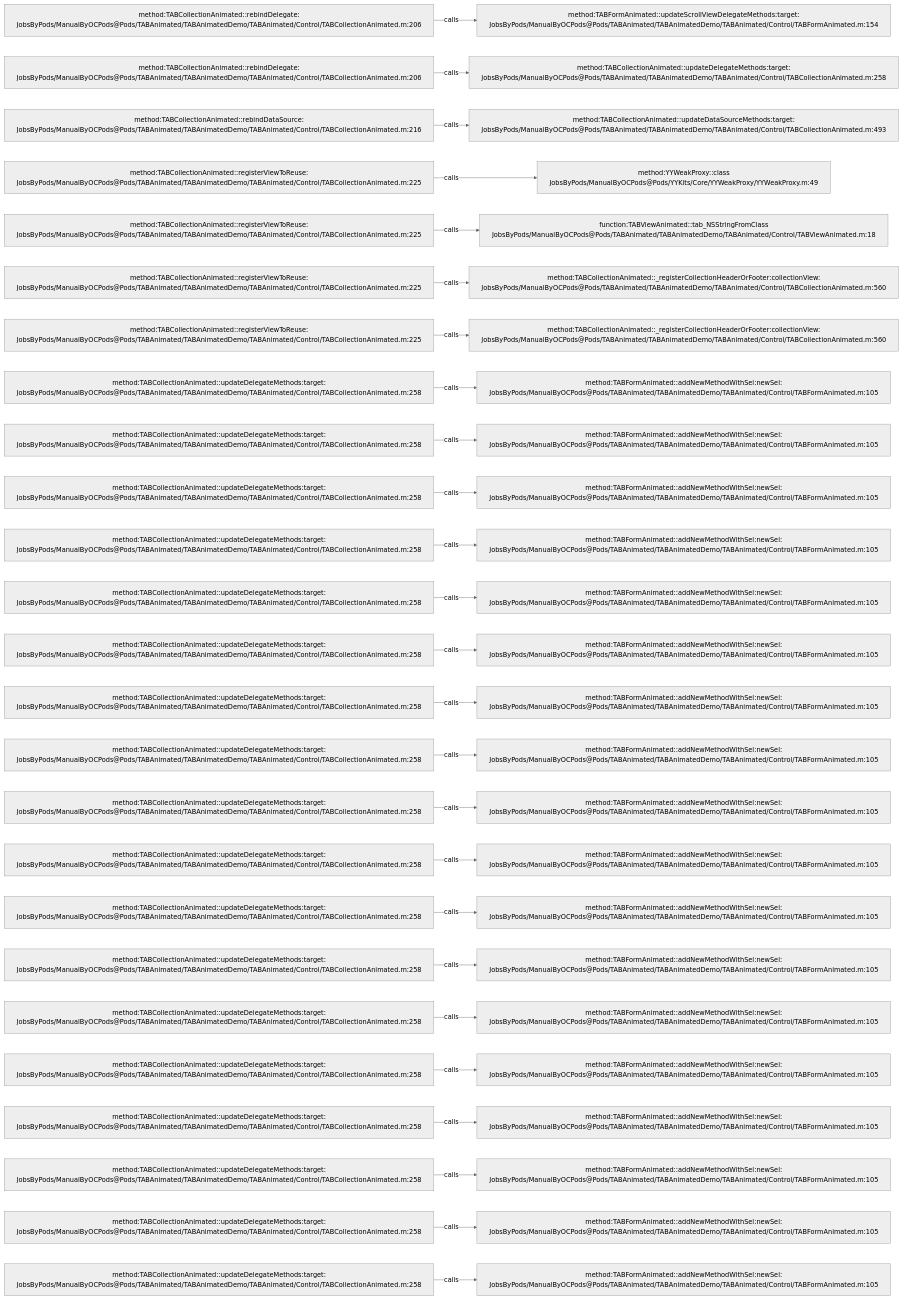
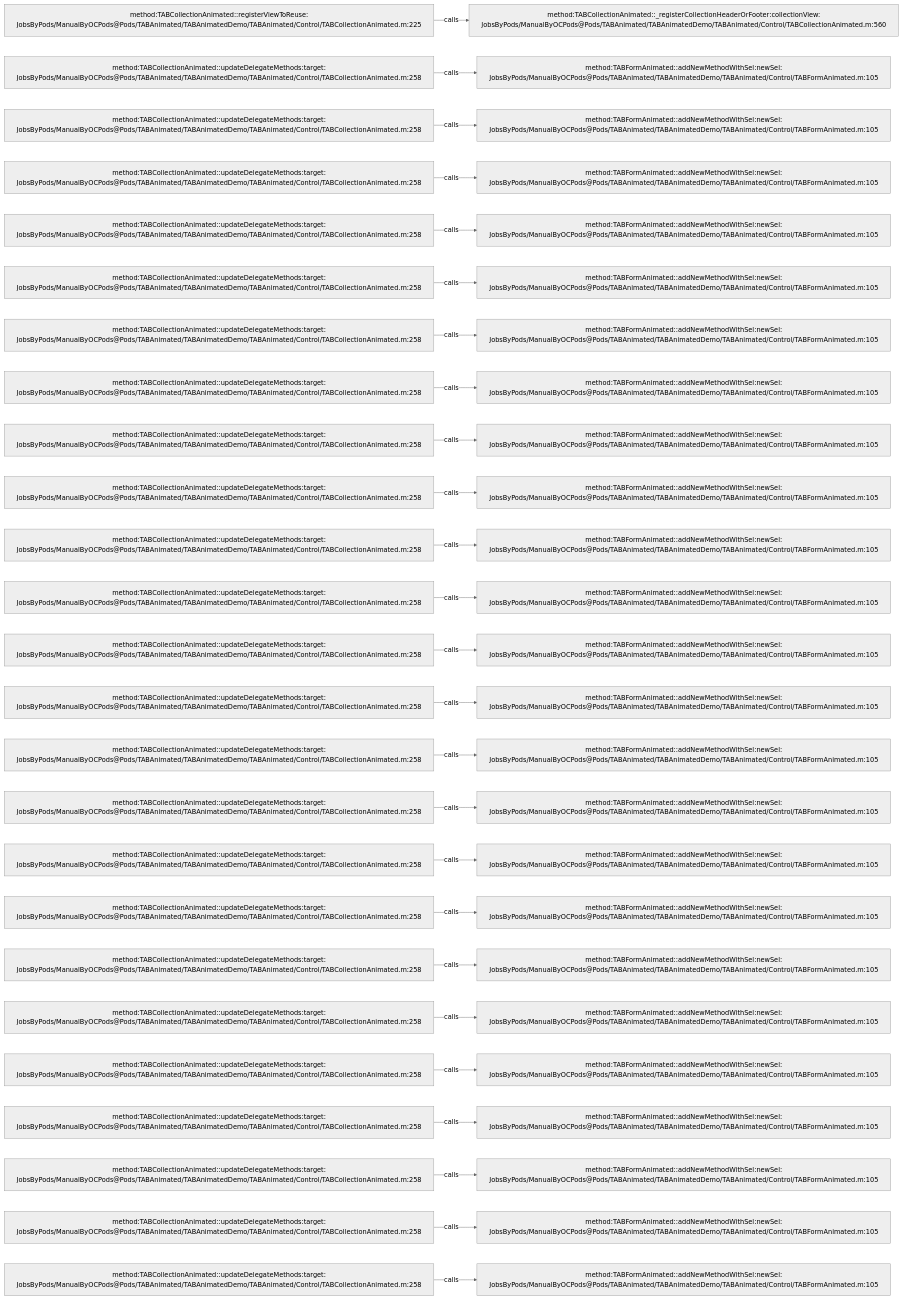
The diagram in .codegraph/codegraph.md/graphs/calls-014.md (JobsKits/JobsOCBaseConfigDemo), drawn with Mermaid (neutral theme) before and after one commit. The commit also changed 666 other files, not shown here.

````diff
--- a/.codegraph/codegraph.md/graphs/calls-014.md
+++ b/.codegraph/codegraph.md/graphs/calls-014.md
@@ -13,78 +13,78 @@
 ```mermaid
 flowchart LR
-  S1["method:TABCollectionAnimated::rebindDelegate:<br/>JobsByPods/ManualByOCPods@Pods/TABAnimated/TABAnimatedDemo/TABAnimated/Control/TABCollectionAnimated.m:206"]
-  T1["method:TABFormAnimated::updateScrollViewDelegateMethods:target:<br/>JobsByPods/ManualByOCPods@Pods/TABAnimated/TABAnimatedDemo/TABAnimated/Control/TABFormAnimated.m:154"]
+  S1["method:TABCollectionAnimated::registerViewToReuse:<br/>JobsByPods/ManualByOCPods@Pods/TABAnimated/TABAnimatedDemo/TABAnimated/Control/TABCollectionAnimated.m:225"]
+  T1["method:TABCollectionAnimated::_registerCollectionHeaderOrFooter:collectionView:<br/>JobsByPods/ManualByOCPods@Pods/TABAnimated/TABAnimatedDemo/TABAnimated/Control/TABCollectionAnimated.m:560"]
   S1 -->|calls| T1
-  S2["method:TABCollectionAnimated::rebindDelegate:<br/>JobsByPods/ManualByOCPods@Pods/TABAnimated/TABAnimatedDemo/TABAnimated/Control/TABCollectionAnimated.m:206"]
-  T2["method:TABCollectionAnimated::updateDelegateMethods:target:<br/>JobsByPods/ManualByOCPods@Pods/TABAnimated/TABAnimatedDemo/TABAnimated/Control/TABCollectionAnimated.m:258"]
+  S2["method:TABCollectionAnimated::updateDelegateMethods:target:<br/>JobsByPods/ManualByOCPods@Pods/TABAnimated/TABAnimatedDemo/TABAnimated/Control/TABCollectionAnimated.m:258"]
+  T2["method:TABFormAnimated::addNewMethodWithSel:newSel:<br/>JobsByPods/ManualByOCPods@Pods/TABAnimated/TABAnimatedDemo/TABAnimated/Control/TABFormAnimated.m:105"]
   S2 -->|calls| T2
-  S3["method:TABCollectionAnimated::rebindDataSource:<br/>JobsByPods/ManualByOCPods@Pods/TABAnimated/TABAnimatedDemo/TABAnimated/Control/TABCollectionAnimated.m:216"]
-  T3["method:TABCollectionAnimated::updateDataSourceMethods:target:<br/>JobsByPods/ManualByOCPods@Pods/TABAnimated/TABAnimatedDemo/TABAnimated/Control/TABCollectionAnimated.m:493"]
+  S3["method:TABCollectionAnimated::updateDelegateMethods:target:<br/>JobsByPods/ManualByOCPods@Pods/TABAnimated/TABAnimatedDemo/TABAnimated/Control/TABCollectionAnimated.m:258"]
+  T3["method:TABFormAnimated::addNewMethodWithSel:newSel:<br/>JobsByPods/ManualByOCPods@Pods/TABAnimated/TABAnimatedDemo/TABAnimated/Control/TABFormAnimated.m:105"]
   S3 -->|calls| T3
-  S4["method:TABCollectionAnimated::registerViewToReuse:<br/>JobsByPods/ManualByOCPods@Pods/TABAnimated/TABAnimatedDemo/TABAnimated/Control/TABCollectionAnimated.m:225"]
-  T4["method:YYWeakProxy::class<br/>JobsByPods/ManualByOCPods@Pods/YYKits/Core/YYWeakProxy/YYWeakProxy.m:49"]
+  S4["method:TABCollectionAnimated::updateDelegateMethods:target:<br/>JobsByPods/ManualByOCPods@Pods/TABAnimated/TABAnimatedDemo/TABAnimated/Control/TABCollectionAnimated.m:258"]
+  T4["method:TABFormAnimated::addNewMethodWithSel:newSel:<br/>JobsByPods/ManualByOCPods@Pods/TABAnimated/TABAnimatedDemo/TABAnimated/Control/TABFormAnimated.m:105"]
   S4 -->|calls| T4
-  S5["method:TABCollectionAnimated::registerViewToReuse:<br/>JobsByPods/ManualByOCPods@Pods/TABAnimated/TABAnimatedDemo/TABAnimated/Control/TABCollectionAnimated.m:225"]
-  T5["function:TABViewAnimated::tab_NSStringFromClass<br/>JobsByPods/ManualByOCPods@Pods/TABAnimated/TABAnimatedDemo/TABAnimated/Control/TABViewAnimated.m:18"]
+  S5["method:TABCollectionAnimated::updateDelegateMethods:target:<br/>JobsByPods/ManualByOCPods@Pods/TABAnimated/TABAnimatedDemo/TABAnimated/Control/TABCollectionAnimated.m:258"]
+  T5["method:TABFormAnimated::addNewMethodWithSel:newSel:<br/>JobsByPods/ManualByOCPods@Pods/TABAnimated/TABAnimatedDemo/TABAnimated/Control/TABFormAnimated.m:105"]
   S5 -->|calls| T5
-  S6["method:TABCollectionAnimated::registerViewToReuse:<br/>JobsByPods/ManualByOCPods@Pods/TABAnimated/TABAnimatedDemo/TABAnimated/Control/TABCollectionAnimated.m:225"]
-  T6["method:TABCollectionAnimated::_registerCollectionHeaderOrFooter:collectionView:<br/>JobsByPods/ManualByOCPods@Pods/TABAnimated/TABAnimatedDemo/TABAnimated/Control/TABCollectionAnimated.m:560"]
+  S6["method:TABCollectionAnimated::updateDelegateMethods:target:<br/>JobsByPods/ManualByOCPods@Pods/TABAnimated/TABAnimatedDemo/TABAnimated/Control/TABCollectionAnimated.m:258"]
+  T6["method:TABFormAnimated::addNewMethodWithSel:newSel:<br/>JobsByPods/ManualByOCPods@Pods/TABAnimated/TABAnimatedDemo/TABAnimated/Control/TABFormAnimated.m:105"]
   S6 -->|calls| T6
-  S7["method:TABCollectionAnimated::registerViewToReuse:<br/>JobsByPods/ManualByOCPods@Pods/TABAnimated/TABAnimatedDemo/TABAnimated/Control/TABCollectionAnimated.m:225"]
-  T7["method:TABCollectionAnimated::_registerCollectionHeaderOrFooter:collectionView:<br/>JobsByPods/ManualByOCPods@Pods/TABAnimated/TABAnimatedDemo/TABAnimated/Control/TABCollectionAnimated.m:560"]
+  S7["method:TABCollectionAnimated::updateDelegateMethods:target:<br/>JobsByPods/ManualByOCPods@Pods/TABAnimated/TABAnimatedDemo/TABAnimated/Control/TABCollectionAnimated.m:258"]
+  T7["method:TABFormAnimated::addNewMethodWithSel:newSel:<br/>JobsByPods/ManualByOCPods@Pods/TABAnimated/TABAnimatedDemo/TABAnimated/Control/TABFormAnimated.m:105"]
   S7 -->|calls| T7
   S8["method:TABCollectionAnimated::updateDelegateMethods:target:<br/>JobsByPods/ManualByOCPods@Pods/TABAnimated/TABAnimatedDemo/TABAnimated/Control/TABCollectionAnimated.m:258"]
   T8["method:TABFormAnimated::addNewMethodWithSel:newSel:<br/>JobsByPods/ManualByOCPods@Pods/TABAnimated/TABAnimatedDemo/TABAnimated/Control/TABFormAnimated.m:105"]
   S8 -->|calls| T8
   S9["method:TABCollectionAnimated::updateDelegateMethods:target:<br/>JobsByPods/ManualByOCPods@Pods/TABAnimated/TABAnimatedDemo/TABAnimated/Control/TABCollectionAnimated.m:258"]
   T9["method:TABFormAnimated::addNewMethodWithSel:newSel:<br/>JobsByPods/ManualByOCPods@Pods/TABAnimated/TABAnimatedDemo/TABAnimated/Control/TABFormAnimated.m:105"]
   S9 -->|calls| T9
   S10["method:TABCollectionAnimated::updateDelegateMethods:target:<br/>JobsByPods/ManualByOCPods@Pods/TABAnimated/TABAnimatedDemo/TABAnimated/Control/TABCollectionAnimated.m:258"]
   T10["method:TABFormAnimated::addNewMethodWithSel:newSel:<br/>JobsByPods/ManualByOCPods@Pods/TABAnimated/TABAnimatedDemo/TABAnimated/Control/TABFormAnimated.m:105"]
   S10 -->|calls| T10
   S11["method:TABCollectionAnimated::updateDelegateMethods:target:<br/>JobsByPods/ManualByOCPods@Pods/TABAnimated/TABAnimatedDemo/TABAnimated/Control/TABCollectionAnimated.m:258"]
   T11["method:TABFormAnimated::addNewMethodWithSel:newSel:<br/>JobsByPods/ManualByOCPods@Pods/TABAnimated/TABAnimatedDemo/TABAnimated/Control/TABFormAnimated.m:105"]
   S11 -->|calls| T11
   S12["method:TABCollectionAnimated::updateDelegateMethods:target:<br/>JobsByPods/ManualByOCPods@Pods/TABAnimated/TABAnimatedDemo/TABAnimated/Control/TABCollectionAnimated.m:258"]
   T12["method:TABFormAnimated::addNewMethodWithSel:newSel:<br/>JobsByPods/ManualByOCPods@Pods/TABAnimated/TABAnimatedDemo/TABAnimated/Control/TABFormAnimated.m:105"]
   S12 -->|calls| T12
   S13["method:TABCollectionAnimated::updateDelegateMethods:target:<br/>JobsByPods/ManualByOCPods@Pods/TABAnimated/TABAnimatedDemo/TABAnimated/Control/TABCollectionAnimated.m:258"]
   T13["method:TABFormAnimated::addNewMethodWithSel:newSel:<br/>JobsByPods/ManualByOCPods@Pods/TABAnimated/TABAnimatedDemo/TABAnimated/Control/TABFormAnimated.m:105"]
   S13 -->|calls| T13
   S14["method:TABCollectionAnimated::updateDelegateMethods:target:<br/>JobsByPods/ManualByOCPods@Pods/TABAnimated/TABAnimatedDemo/TABAnimated/Control/TABCollectionAnimated.m:258"]
   T14["method:TABFormAnimated::addNewMethodWithSel:newSel:<br/>JobsByPods/ManualByOCPods@Pods/TABAnimated/TABAnimatedDemo/TABAnimated/Control/TABFormAnimated.m:105"]
   S14 -->|calls| T14
   S15["method:TABCollectionAnimated::updateDelegateMethods:target:<br/>JobsByPods/ManualByOCPods@Pods/TABAnimated/TABAnimatedDemo/TABAnimated/Control/TABCollectionAnimated.m:258"]
   T15["method:TABFormAnimated::addNewMethodWithSel:newSel:<br/>JobsByPods/ManualByOCPods@Pods/TABAnimated/TABAnimatedDemo/TABAnimated/Control/TABFormAnimated.m:105"]
   S15 -->|calls| T15
   S16["method:TABCollectionAnimated::updateDelegateMethods:target:<br/>JobsByPods/ManualByOCPods@Pods/TABAnimated/TABAnimatedDemo/TABAnimated/Control/TABCollectionAnimated.m:258"]
   T16["method:TABFormAnimated::addNewMethodWithSel:newSel:<br/>JobsByPods/ManualByOCPods@Pods/TABAnimated/TABAnimatedDemo/TABAnimated/Control/TABFormAnimated.m:105"]
   S16 -->|calls| T16
   S17["method:TABCollectionAnimated::updateDelegateMethods:target:<br/>JobsByPods/ManualByOCPods@Pods/TABAnimated/TABAnimatedDemo/TABAnimated/Control/TABCollectionAnimated.m:258"]
   T17["method:TABFormAnimated::addNewMethodWithSel:newSel:<br/>JobsByPods/ManualByOCPods@Pods/TABAnimated/TABAnimatedDemo/TABAnimated/Control/TABFormAnimated.m:105"]
   S17 -->|calls| T17
   S18["method:TABCollectionAnimated::updateDelegateMethods:target:<br/>JobsByPods/ManualByOCPods@Pods/TABAnimated/TABAnimatedDemo/TABAnimated/Control/TABCollectionAnimated.m:258"]
   T18["method:TABFormAnimated::addNewMethodWithSel:newSel:<br/>JobsByPods/ManualByOCPods@Pods/TABAnimated/TABAnimatedDemo/TABAnimated/Control/TABFormAnimated.m:105"]
   S18 -->|calls| T18
   S19["method:TABCollectionAnimated::updateDelegateMethods:target:<br/>JobsByPods/ManualByOCPods@Pods/TABAnimated/TABAnimatedDemo/TABAnimated/Control/TABCollectionAnimated.m:258"]
   T19["method:TABFormAnimated::addNewMethodWithSel:newSel:<br/>JobsByPods/ManualByOCPods@Pods/TABAnimated/TABAnimatedDemo/TABAnimated/Control/TABFormAnimated.m:105"]
   S19 -->|calls| T19
   S20["method:TABCollectionAnimated::updateDelegateMethods:target:<br/>JobsByPods/ManualByOCPods@Pods/TABAnimated/TABAnimatedDemo/TABAnimated/Control/TABCollectionAnimated.m:258"]
   T20["method:TABFormAnimated::addNewMethodWithSel:newSel:<br/>JobsByPods/ManualByOCPods@Pods/TABAnimated/TABAnimatedDemo/TABAnimated/Control/TABFormAnimated.m:105"]
   S20 -->|calls| T20
   S21["method:TABCollectionAnimated::updateDelegateMethods:target:<br/>JobsByPods/ManualByOCPods@Pods/TABAnimated/TABAnimatedDemo/TABAnimated/Control/TABCollectionAnimated.m:258"]
   T21["method:TABFormAnimated::addNewMethodWithSel:newSel:<br/>JobsByPods/ManualByOCPods@Pods/TABAnimated/TABAnimatedDemo/TABAnimated/Control/TABFormAnimated.m:105"]
   S21 -->|calls| T21
   S22["method:TABCollectionAnimated::updateDelegateMethods:target:<br/>JobsByPods/ManualByOCPods@Pods/TABAnimated/TABAnimatedDemo/TABAnimated/Control/TABCollectionAnimated.m:258"]
   T22["method:TABFormAnimated::addNewMethodWithSel:newSel:<br/>JobsByPods/ManualByOCPods@Pods/TABAnimated/TABAnimatedDemo/TABAnimated/Control/TABFormAnimated.m:105"]
   S22 -->|calls| T22
   S23["method:TABCollectionAnimated::updateDelegateMethods:target:<br/>JobsByPods/ManualByOCPods@Pods/TABAnimated/TABAnimatedDemo/TABAnimated/Control/TABCollectionAnimated.m:258"]
   T23["method:TABFormAnimated::addNewMethodWithSel:newSel:<br/>JobsByPods/ManualByOCPods@Pods/TABAnimated/TABAnimatedDemo/TABAnimated/Control/TABFormAnimated.m:105"]
   S23 -->|calls| T23
   S24["method:TABCollectionAnimated::updateDelegateMethods:target:<br/>JobsByPods/ManualByOCPods@Pods/TABAnimated/TABAnimatedDemo/TABAnimated/Control/TABCollectionAnimated.m:258"]
   T24["method:TABFormAnimated::addNewMethodWithSel:newSel:<br/>JobsByPods/ManualByOCPods@Pods/TABAnimated/TABAnimatedDemo/TABAnimated/Control/TABFormAnimated.m:105"]
   S24 -->|calls| T24
   S25["method:TABCollectionAnimated::updateDelegateMethods:target:<br/>JobsByPods/ManualByOCPods@Pods/TABAnimated/TABAnimatedDemo/TABAnimated/Control/TABCollectionAnimated.m:258"]
   T25["method:TABFormAnimated::addNewMethodWithSel:newSel:<br/>JobsByPods/ManualByOCPods@Pods/TABAnimated/TABAnimatedDemo/TABAnimated/Control/TABFormAnimated.m:105"]
   S25 -->|calls| T25
 ```
````
